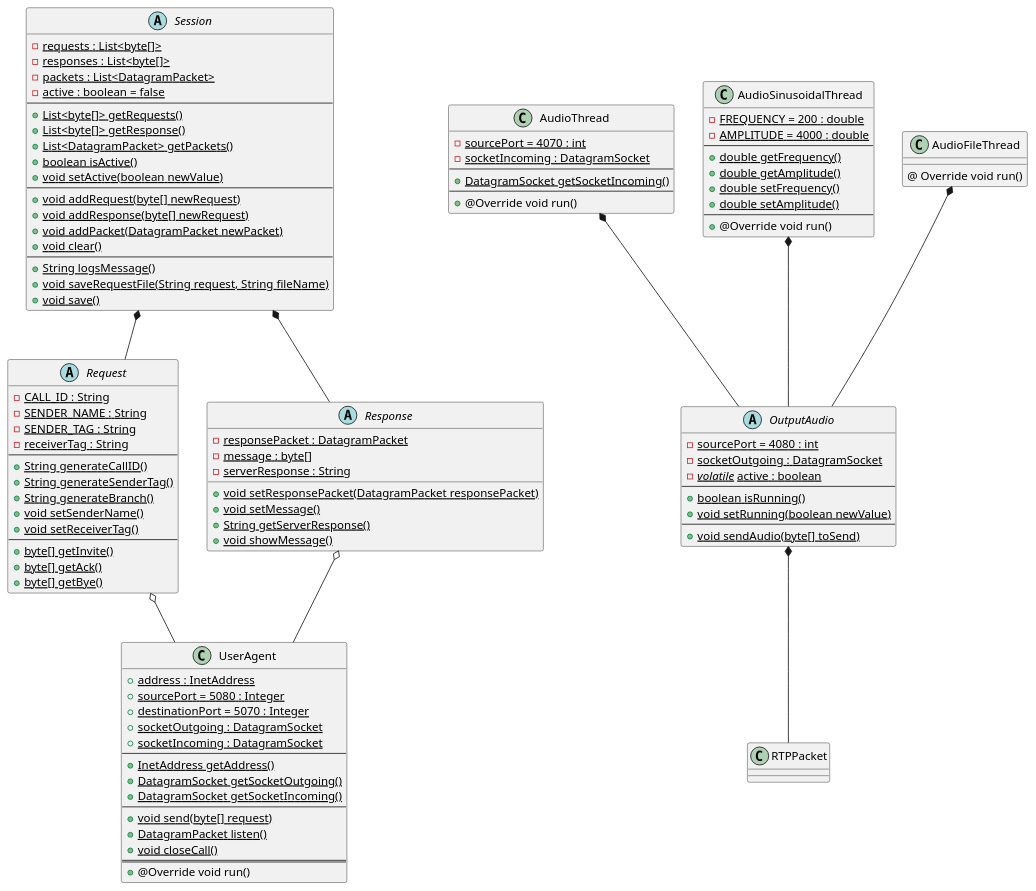
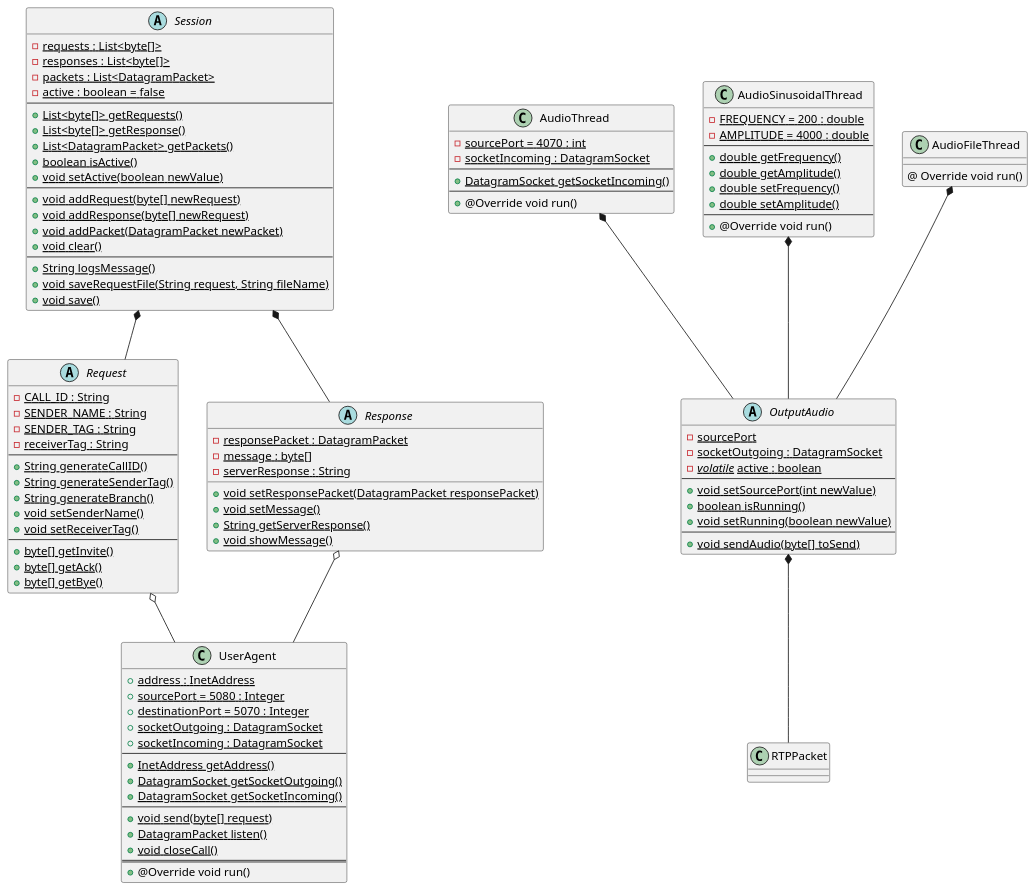
Before and after one commit to danielepelleg/VoIP: the diagram in Documentation/UML Diagrams/Class Diagram/Class Diagram.puml, drawn with PlantUML.

```diff
--- a/Documentation/UML Diagrams/Class Diagram/Class Diagram.puml
+++ b/Documentation/UML Diagrams/Class Diagram/Class Diagram.puml
@@ -1,119 +1,120 @@
 @startuml
 
 abstract class Request {
     - {static} CALL_ID : String
     - {static} SENDER_NAME : String
     - {static} SENDER_TAG : String
     - {static} receiverTag : String
     --
     + {static} String generateCallID()
     + {static} String generateSenderTag()
     + {static} String generateBranch()
     + {static} void setSenderName()
     + {static} void setReceiverTag()
     --
     + {static} byte[] getInvite()
     + {static} byte[] getAck()
     + {static} byte[] getBye()
 }
 
 abstract class Response {
     - {static} responsePacket : DatagramPacket
     - {static} message : byte[]
     - {static} serverResponse : String
     + {static} void setResponsePacket(DatagramPacket responsePacket)
     + {static} void setMessage()
     + {static} String getServerResponse()
     + {static} void showMessage()
 }
 
 class UserAgent{
     + {static} address : InetAddress
     + {static} sourcePort = 5080 : Integer
     + {static} destinationPort = 5070 : Integer
     + {static} socketOutgoing : DatagramSocket
     + {static} socketIncoming : DatagramSocket
     --
     + {static} InetAddress getAddress()
     + {static} DatagramSocket getSocketOutgoing()
     + {static} DatagramSocket getSocketIncoming()
     --
     + {static} void send(byte[] request)
     + {static} DatagramPacket listen()
     + {static} void closeCall()
     ==
     + @Override void run()
 }
 
 abstract class Session{
     - {static} requests : List<byte[]>
     - {static} responses : List<byte[]>
     - {static} packets : List<DatagramPacket>
     - {static} active : boolean = false
     --
     + {static} List<byte[]> getRequests()
     + {static} List<byte[]> getResponse()
     + {static} List<DatagramPacket> getPackets()
     + {static} boolean isActive()
     + {static} void setActive(boolean newValue)
     --
     + {static} void addRequest(byte[] newRequest)
     + {static} void addResponse(byte[] newRequest)
     + {static} void addPacket(DatagramPacket newPacket)
     + {static} void clear()
     --
     + {static} String logsMessage()
     + {static} void saveRequestFile(String request, String fileName)
     + {static} void save()
 }
 
 Session *-- Request
 Session *-- Response
 Request o-- UserAgent
 Response o-- UserAgent
 
 abstract class OutputAudio{
-    - {static} sourcePort = 4080 : int
+    - {static} sourcePort
     - {static} socketOutgoing : DatagramSocket
     - {static} <i>volatile</i> active : boolean
     --
+    + {static} void setSourcePort(int newValue)
     + {static} boolean isRunning()
     + {static} void setRunning(boolean newValue)
     --
     + {static} void sendAudio(byte[] toSend)
 }
 
 class AudioThread{
     - {static} sourcePort = 4070 : int
     - {static} socketIncoming : DatagramSocket
     --
     + {static} DatagramSocket getSocketIncoming()
     --
     + @Override void run()
 }
 
 class AudioSinusoidalThread{
     - {static} FREQUENCY = 200 : double
     - {static} AMPLITUDE = 4000 : double
     --
     + {static} double getFrequency()
     + {static} double getAmplitude()
     + {static} double setFrequency()
     + {static} double setAmplitude()
     --
     + @Override void run()
 }
 
 class AudioFileThread{
     @ Override void run()
 }
 
 class RTPPacket{
 }
 
 AudioThread *-- OutputAudio
 AudioSinusoidalThread *-- OutputAudio
 AudioFileThread *-- OutputAudio
 OutputAudio *-- RTPPacket
 
 @enduml
```
